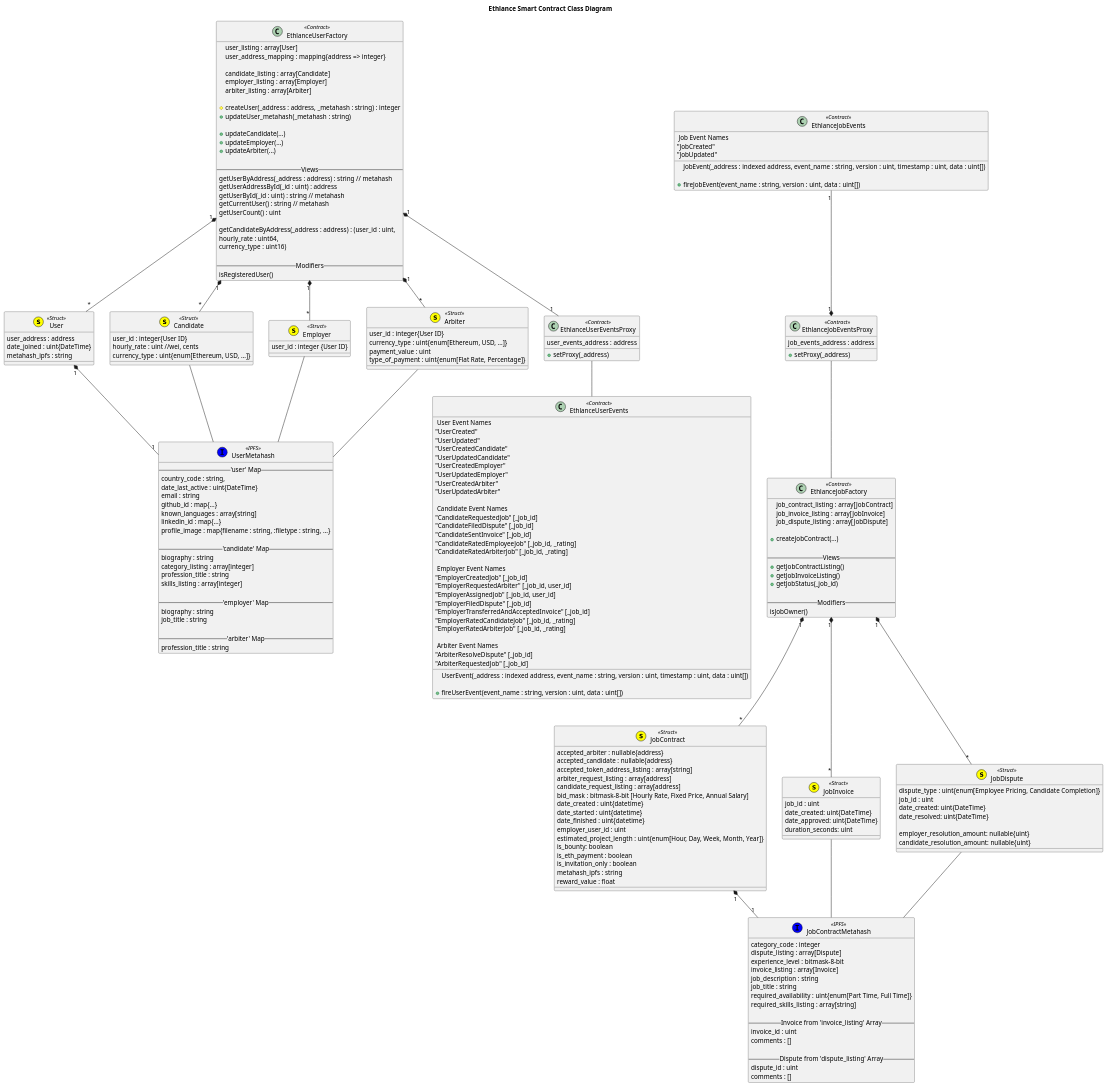
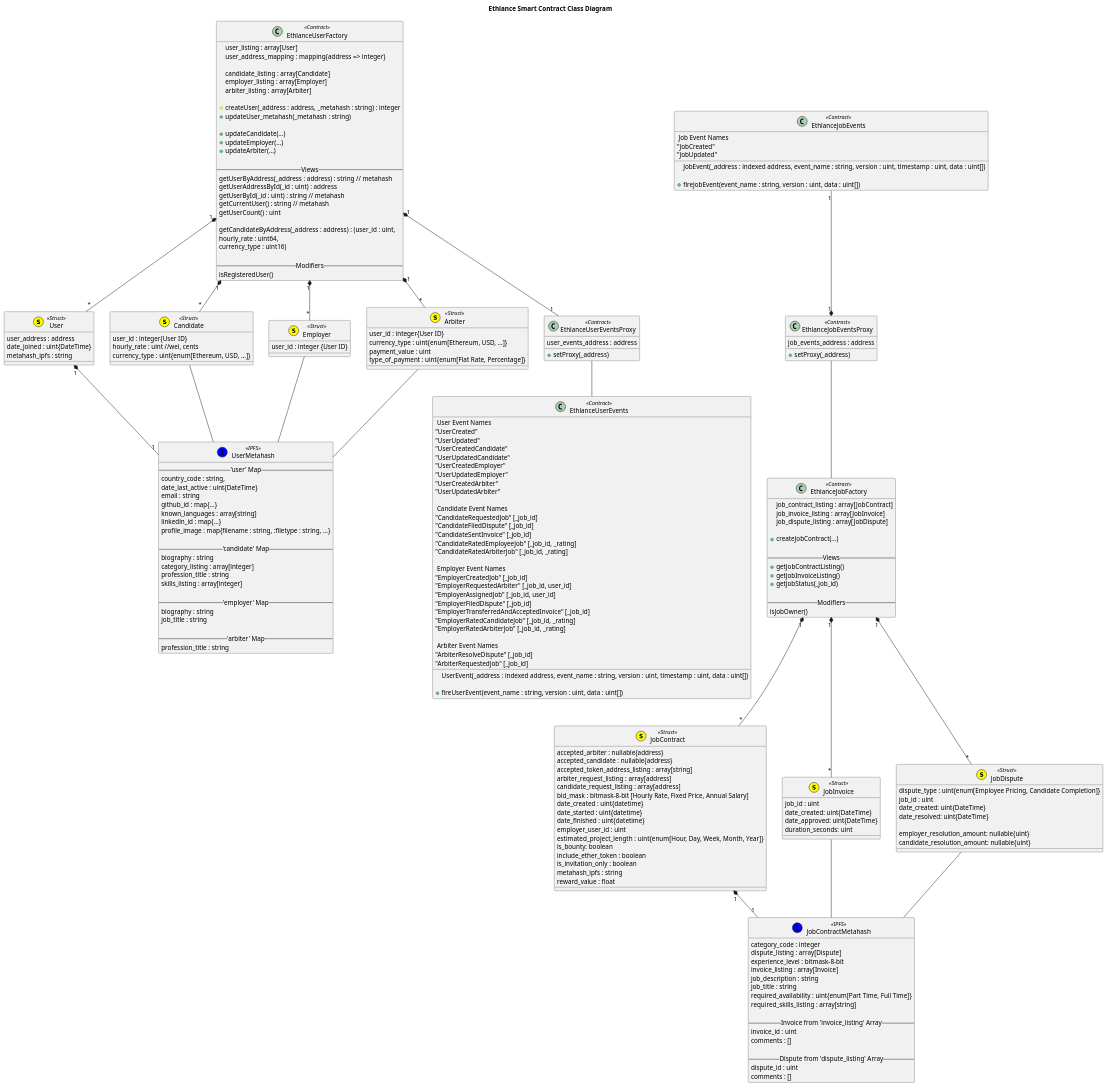
Before and after one commit to district0x/ethlance: the diagram in docs/spec/ethlance_smart_contracts.org, drawn with PlantUML. The commit also changed 3 other files, not shown here.

```diff
--- a/docs/spec/ethlance_smart_contracts.org
+++ b/docs/spec/ethlance_smart_contracts.org
@@ -232,7 +232,7 @@
     employer_user_id : uint
     estimated_project_length : uint{enum[Hour, Day, Week, Month, Year]}
     is_bounty: boolean
-    is_eth_payment : boolean
+    include_ether_token : boolean
     is_invitation_only : boolean
     metahash_ipfs : string
     reward_value : float
```
